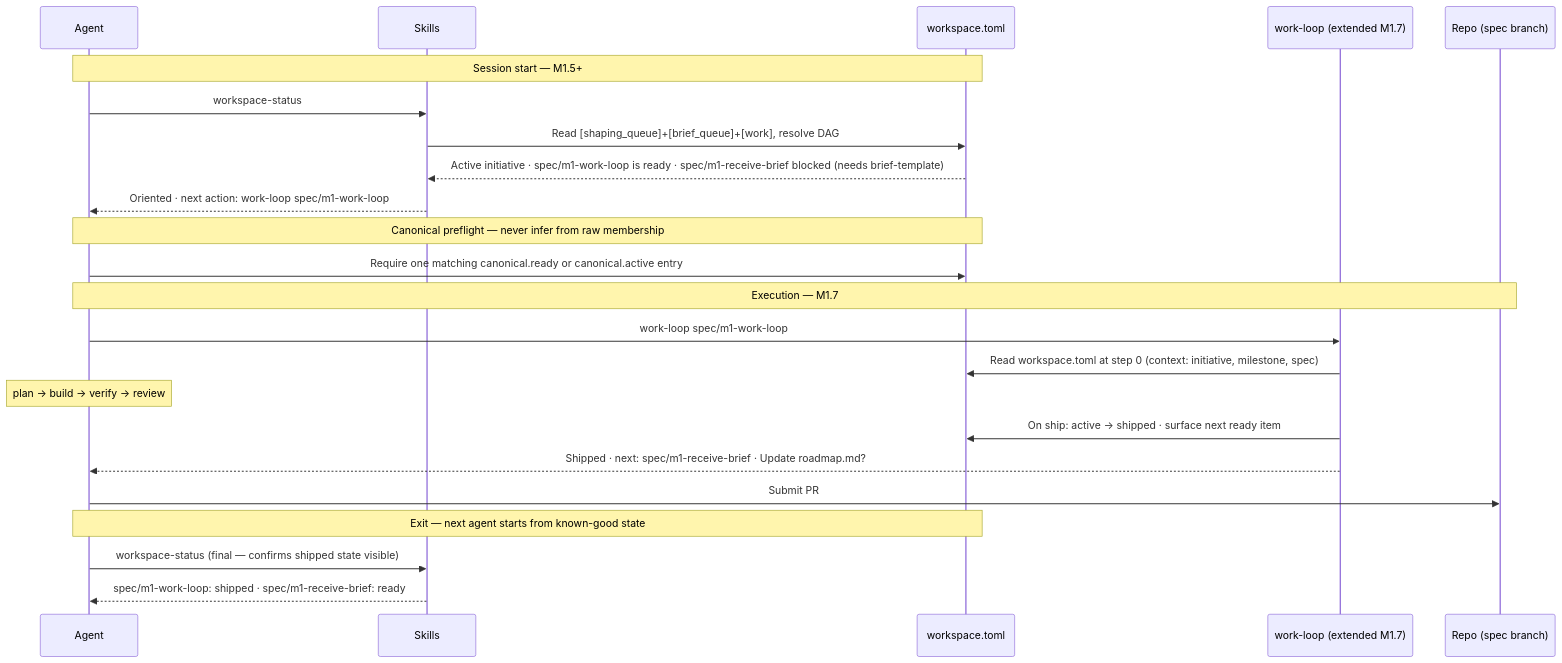
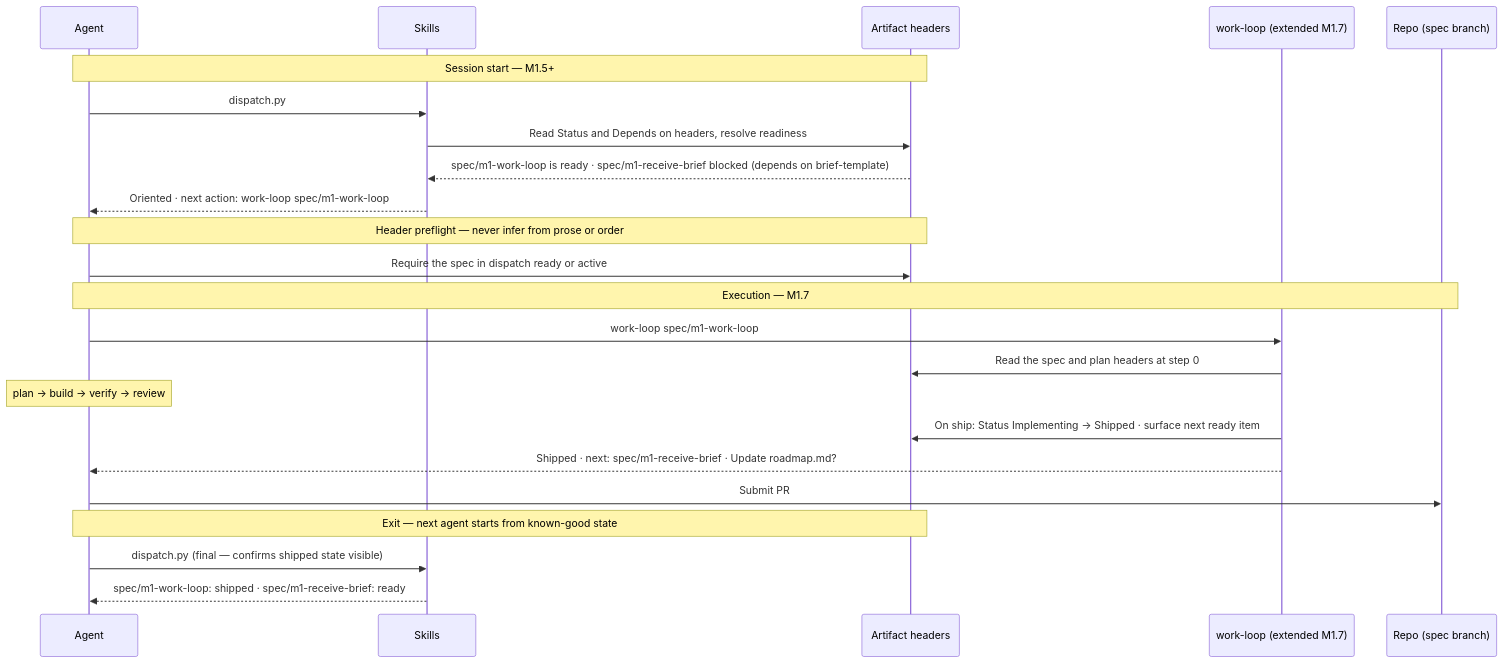
One commit to eugenelim/agent-ready-repo changed the diagram in docs/product/journeys/agent-executes-spec.md. Above: the diagram before and after it, drawn with Mermaid. The commit also changed other lines of this file and 213 other files, not shown here.

First line of the commit message:
feat(core): publish the workspace.toml upgrade notes and move every operative reference off the registry (core 4.0.14)

````diff
--- a/docs/product/journeys/agent-executes-spec.md
+++ b/docs/product/journeys/agent-executes-spec.md
@@ -58,29 +58,29 @@
 ```mermaid
 sequenceDiagram
     participant A as Agent
     participant SK as Skills
-    participant WS as workspace.toml
+    participant WS as Artifact headers
     participant WL as work-loop (extended M1.7)
     participant R as Repo (spec branch)
 
     Note over A,WS: Session start — M1.5+
-    A->>SK: workspace-status
-    SK->>WS: Read [shaping_queue]+[brief_queue]+[work], resolve DAG
-    WS-->>SK: Active initiative · spec/m1-work-loop is ready · spec/m1-receive-brief blocked (needs brief-template)
+    A->>SK: dispatch.py
+    SK->>WS: Read Status and Depends on headers, resolve readiness
+    WS-->>SK: spec/m1-work-loop is ready · spec/m1-receive-brief blocked (depends on brief-template)
     SK-->>A: Oriented · next action: work-loop spec/m1-work-loop
 
-    Note over A,WS: Canonical preflight — never infer from raw membership
-    A->>WS: Require one matching canonical.ready or canonical.active entry
+    Note over A,WS: Header preflight — never infer from prose or order
+    A->>WS: Require the spec in dispatch ready or active
 
     Note over A,R: Execution — M1.7
     A->>WL: work-loop spec/m1-work-loop
-    WL->>WS: Read workspace.toml at step 0 (context: initiative, milestone, spec)
+    WL->>WS: Read the spec and plan headers at step 0
     Note over A: plan → build → verify → review
-    WL->>WS: On ship: active → shipped · surface next ready item
+    WL->>WS: On ship: Status Implementing → Shipped · surface next ready item
     WL-->>A: Shipped · next: spec/m1-receive-brief · Update roadmap.md?
     A->>R: Submit PR
 
     Note over A,WS: Exit — next agent starts from known-good state
-    A->>SK: workspace-status (final — confirms shipped state visible)
+    A->>SK: dispatch.py (final — confirms shipped state visible)
     SK-->>A: spec/m1-work-loop: shipped · spec/m1-receive-brief: ready
 ```
````
